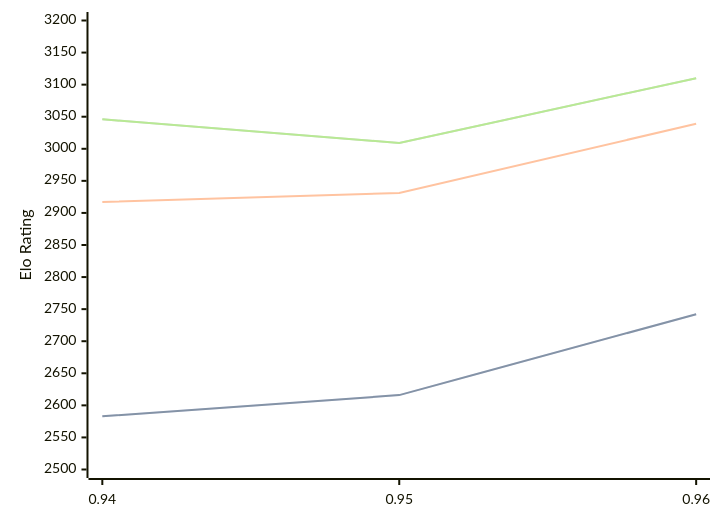
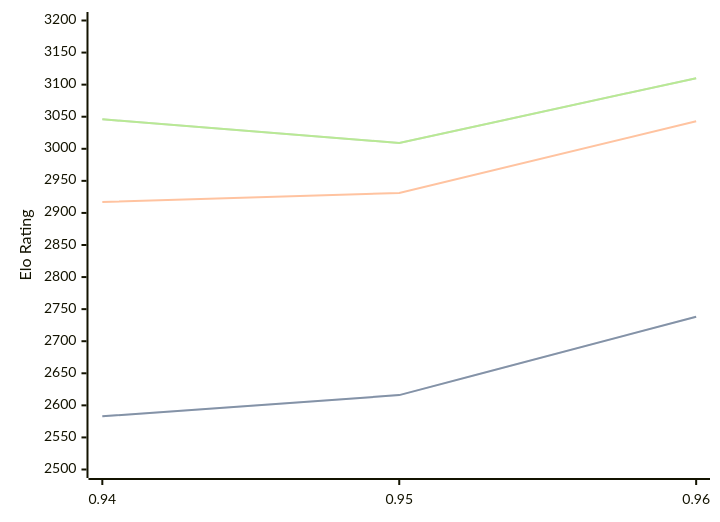
Before and after one commit to computer-chess-index/cci: the diagram in engines/Myrddin.md, drawn with Mermaid. The commit also changed other lines of this file, not shown here.

````diff
--- a/engines/Myrddin.md
+++ b/engines/Myrddin.md
@@ -38,11 +38,11 @@
 ```mermaid
 %%{init: {"theme":"base","themeVariables":{"seriesColors:['#a3a3a3','#222221','#faa371']}}}%%
 xychart-beta
   x-axis ["0.94", "0.95", "0.96"]
   y-axis "Elo Rating" 2500 --> 3200
-  line "STC (8.0+0.08s)" [2583, 2616, 2742]
-  line "STC (8.0+0.08s)" [2583, 2616, 2742]
-  line "LTC (60.0+0.60s)" [2917, 2931, 3039]
+  line "STC (8.0+0.08s)" [2583, 2616, 2738]
+  line "STC (8.0+0.08s)" [2583, 2616, 2738]
+  line "LTC (60.0+0.60s)" [2917, 2931, 3043]
   line "VLTC (2m24s+1.12s)" [3046, 3009, 3110]
   line "VLTC (2m24s+1.12s)" [3046, 3009, 3110]
 ```
````
